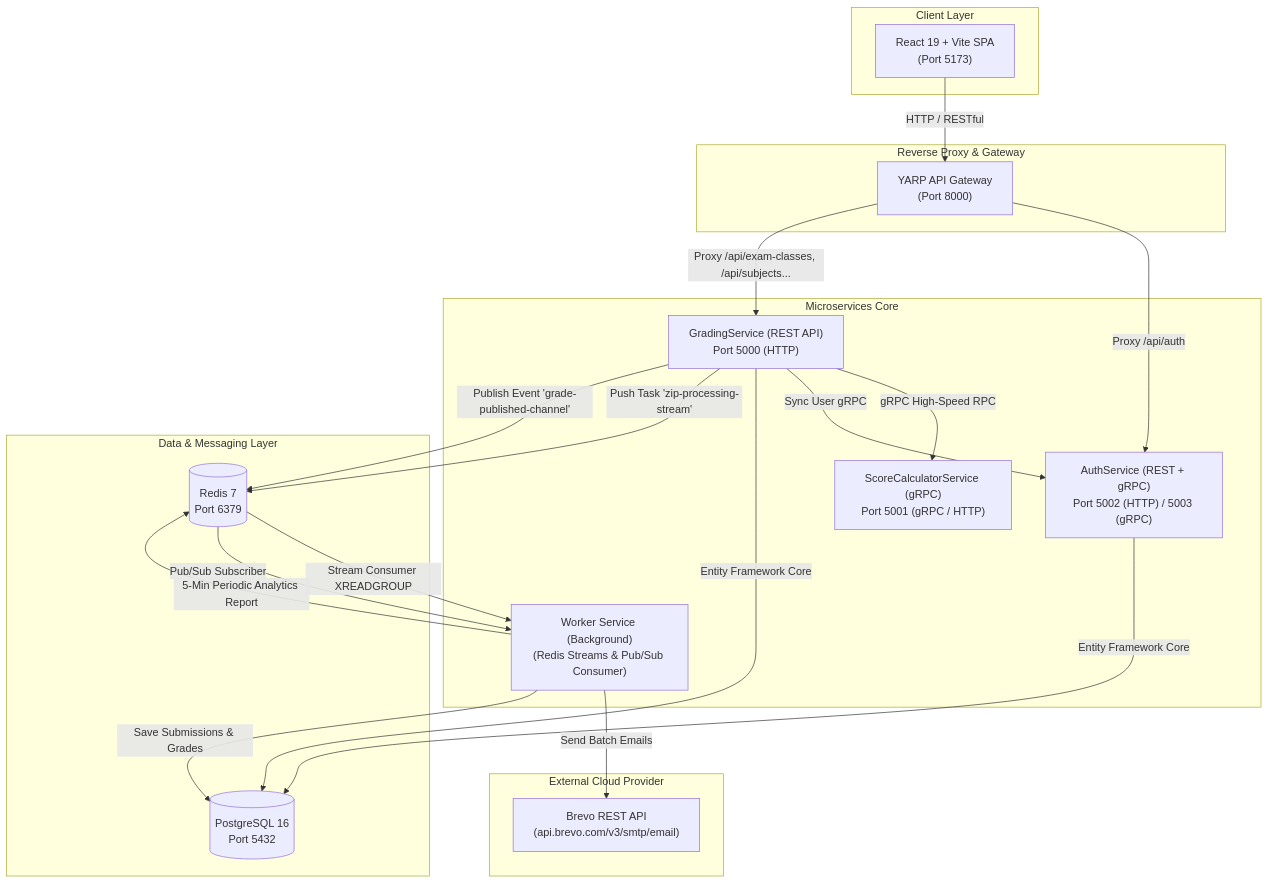
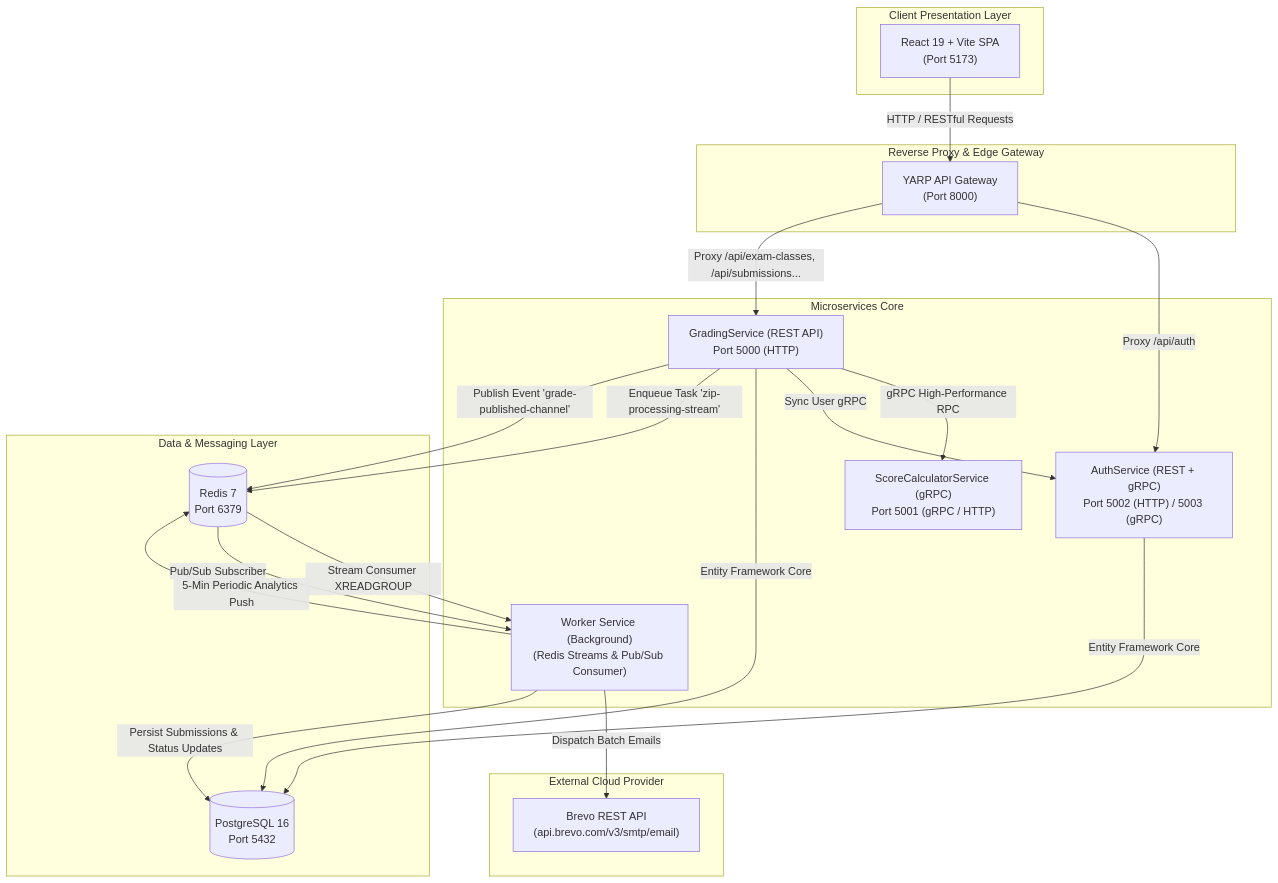
The second of 5 diagrams in README.md (NguyenDuyKhoii/GradingSystem), drawn with Mermaid before and after one commit. The commit also changed other lines of this file, not shown here.

Commit message:
docs: translate entire architecture README to English

````diff
--- a/README.md
+++ b/README.md
@@ -94,44 +99,44 @@
 ```mermaid
 graph TB
-    subgraph Client ["Client Layer"]
+    subgraph Client ["Client Presentation Layer"]
         FE["React 19 + Vite SPA<br/>(Port 5173)"]
     end
 
-    subgraph Gateway ["Reverse Proxy & Gateway"]
+    subgraph Gateway ["Reverse Proxy & Edge Gateway"]
         YARP["YARP API Gateway<br/>(Port 8000)"]
     end
 
     subgraph Microservices ["Microservices Core"]
         AUTH["AuthService (REST + gRPC)<br/>Port 5002 (HTTP) / 5003 (gRPC)"]
         GRADING["GradingService (REST API)<br/>Port 5000 (HTTP)"]
         CALC["ScoreCalculatorService (gRPC)<br/>Port 5001 (gRPC / HTTP)"]
         WORKER["Worker Service (Background)<br/>(Redis Streams & Pub/Sub Consumer)"]
     end
 
     subgraph Data ["Data & Messaging Layer"]
         DB[("PostgreSQL 16<br/>Port 5432")]
         CACHE[("Redis 7<br/>Port 6379")]
     end
 
     subgraph ThirdParty ["External Cloud Provider"]
         EMAIL["Brevo REST API<br/>(api.brevo.com/v3/smtp/email)"]
     end
 
-    FE -->|HTTP / RESTful| YARP
+    FE -->|HTTP / RESTful Requests| YARP
     YARP -->|Proxy /api/auth| AUTH
-    YARP -->|Proxy /api/exam-classes, /api/subjects...| GRADING
+    YARP -->|Proxy /api/exam-classes, /api/submissions...| GRADING
 
-    GRADING -->|gRPC High-Speed RPC| CALC
+    GRADING -->|gRPC High-Performance RPC| CALC
     GRADING -->|Sync User gRPC| AUTH
     GRADING -->|Entity Framework Core| DB
     AUTH -->|Entity Framework Core| DB
 
-    GRADING -->|Push Task 'zip-processing-stream'| CACHE
+    GRADING -->|Enqueue Task 'zip-processing-stream'| CACHE
     GRADING -->|Publish Event 'grade-published-channel'| CACHE
 
     CACHE -->|Stream Consumer XREADGROUP| WORKER
     CACHE -->|Pub/Sub Subscriber| WORKER
-    WORKER -->|Send Batch Emails| EMAIL
-    WORKER -->|Save Submissions & Grades| DB
-    WORKER -->|5-Min Periodic Analytics Report| CACHE
+    WORKER -->|Dispatch Batch Emails| EMAIL
+    WORKER -->|Persist Submissions & Status Updates| DB
+    WORKER -->|5-Min Periodic Analytics Push| CACHE
 ```
````
